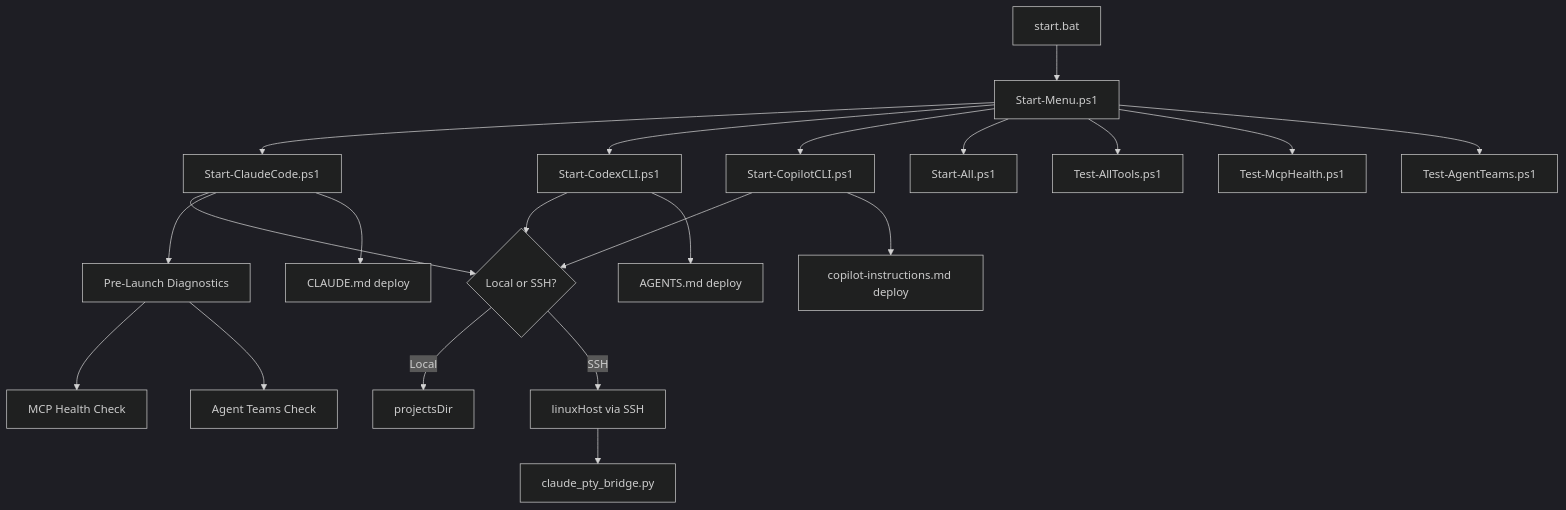
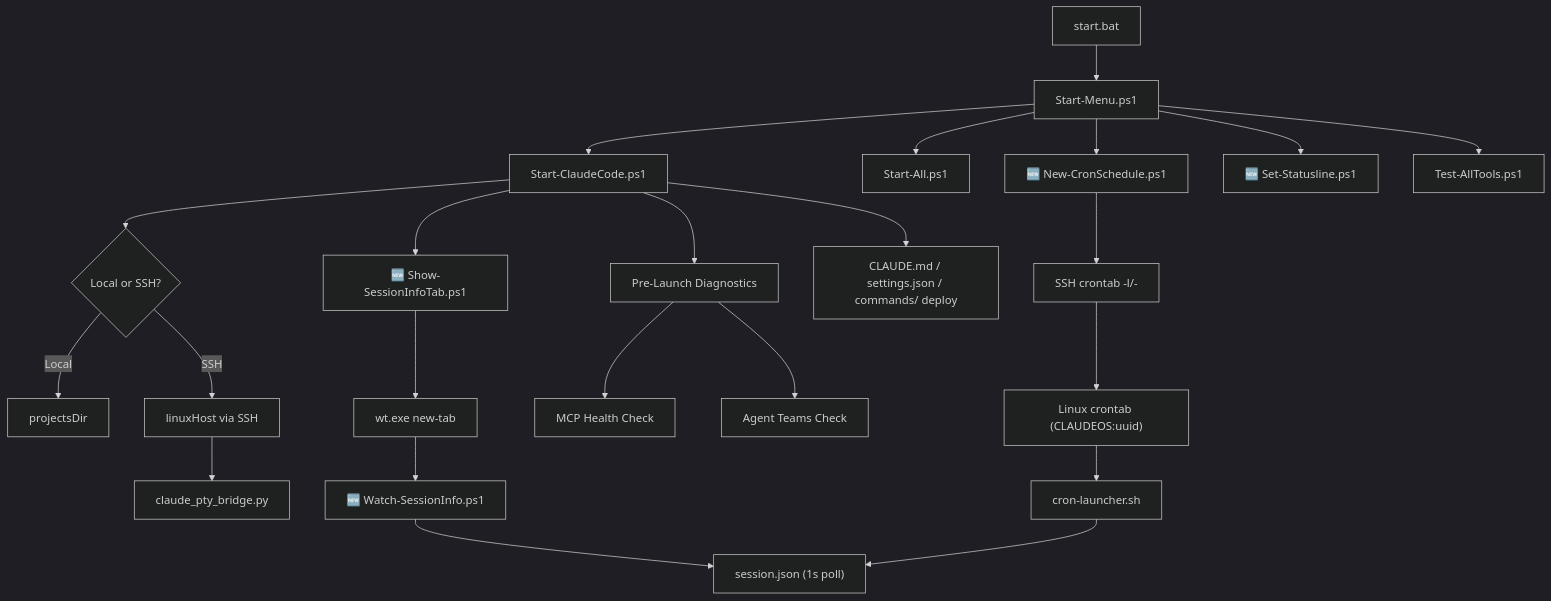
One commit to Kensan196948G/ClaudeCLI-CodexCLI-CopilotCLI-StartUpTools-New changed the first of 5 diagrams in README.md. Above: the diagram before and after it, drawn with Mermaid (dark theme). The commit also changed other lines of this file and 18 other files, not shown here.

First line of the commit message:
feat(v3.1.0): メニュー整理 + Cron 週次自動起動 + Session Info タブ + Statusline 全適用 (#140)

````diff
--- a/README.md
+++ b/README.md
@@ -83,27 +81,30 @@
 ```mermaid
 graph TD
     A["start.bat"] --> B["Start-Menu.ps1"]
     B --> C["Start-ClaudeCode.ps1"]
-    B --> D["Start-CodexCLI.ps1"]
-    B --> E["Start-CopilotCLI.ps1"]
     B --> F["Start-All.ps1"]
+    B --> NCS["🆕 New-CronSchedule.ps1"]
+    B --> SSL["🆕 Set-Statusline.ps1"]
     B --> G["Test-AllTools.ps1"]
-    B --> H["Test-McpHealth.ps1"]
-    B --> I["Test-AgentTeams.ps1"]
 
     C --> J{"Local or SSH?"}
-    D --> J
-    E --> J
+    C --> SIT["🆕 Show-SessionInfoTab.ps1"]
+    SIT --> WT["wt.exe new-tab"]
+    WT --> WSI["🆕 Watch-SessionInfo.ps1"]
+    WSI --> SJ["session.json (1s poll)"]
 
     J -->|Local| K["projectsDir"]
     J -->|SSH| L["linuxHost via SSH"]
     L --> M["claude_pty_bridge.py"]
 
+    NCS --> CMSSH["SSH crontab -l/-"]
+    CMSSH --> CRON["Linux crontab (CLAUDEOS:uuid)"]
+    CRON --> CL["cron-launcher.sh"]
+    CL --> SJ
+
     C --> PLD["Pre-Launch Diagnostics"]
     PLD --> MCP_CHK["MCP Health Check"]
     PLD --> AT_CHK["Agent Teams Check"]
 
-    C --> N["CLAUDE.md deploy"]
-    D --> O["AGENTS.md deploy"]
-    E --> P["copilot-instructions.md deploy"]
+    C --> N["CLAUDE.md / settings.json / commands/ deploy"]
 ```
````
